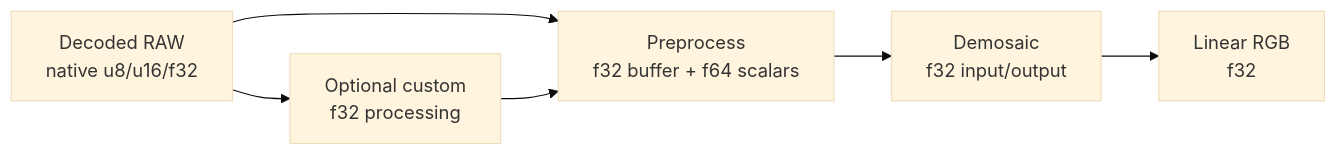
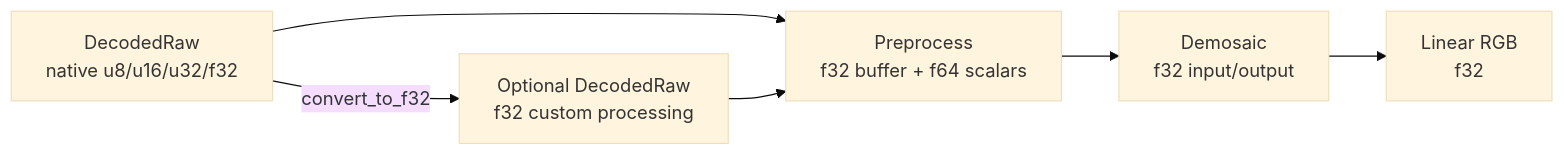
One commit to Glatzel/fornax changed the diagram in docs/raw-pipeline/README.md. Above: the diagram before and after it, drawn with Mermaid (base theme). The commit also changed 3 other files, not shown here.

Commit message:
docs(raw-pipeline): simplify processing guides

````diff
--- a/docs/raw-pipeline/README.md
+++ b/docs/raw-pipeline/README.md
@@ -19,14 +19,14 @@
 ```mermaid
 flowchart LR
-    Decode["Decoded RAW\nnative u8/u16/f32"]
-    Custom["Optional custom\nf32 processing"]
+    Decode["DecodedRaw\nnative u8/u16/u32/f32"]
+    Convert["Optional DecodedRaw\nf32 custom processing"]
     Pre["Preprocess\nf32 buffer + f64 scalars"]
     Demo["Demosaic\nf32 input/output"]
     Output["Linear RGB\nf32"]
 
-    Decode --> Custom
     Decode --> Pre
-    Custom --> Pre
+    Decode -->|"convert_to_f32"| Convert
+    Convert --> Pre
     Pre --> Demo
     Demo --> Output
 ```
````
